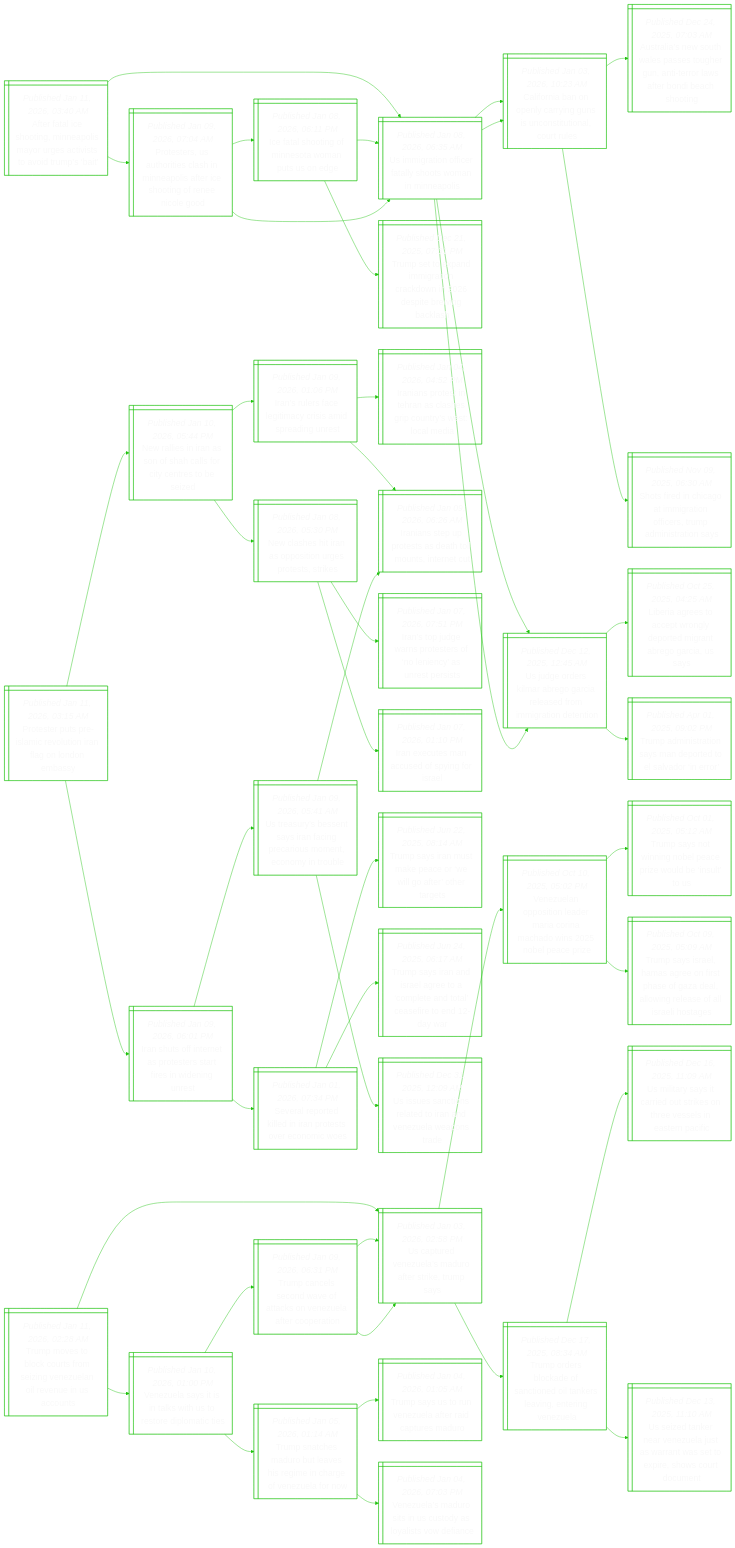
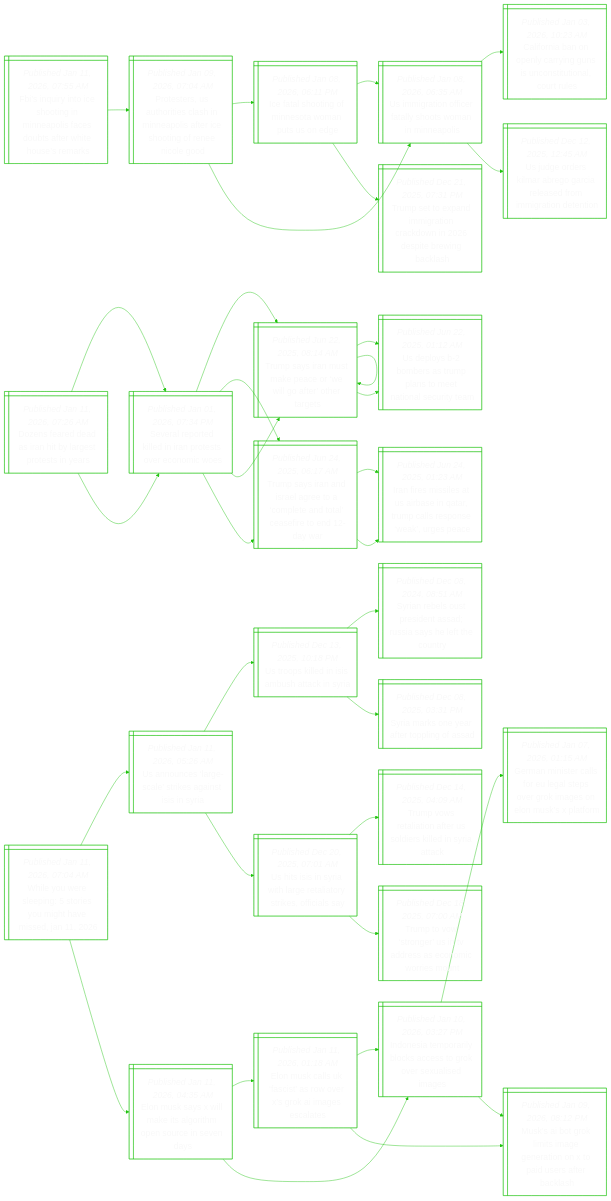
Before and after one commit to notJmes/notJmes: the diagram in README.md, drawn with Mermaid. The commit also changed other lines of this file, not shown here.

````diff
--- a/README.md
+++ b/README.md
@@ -16,22 +16,8 @@
 flowchart LR
 classDef txtsize font-size:20px;
 
-AfIogeioeisoua@{ shape: win-pane, label: "_Published Jan 11, 2026, 03:40 AM_
-After fatal ice shooting, minneapolis mayor urges activists to avoid trump’s ‘bait’" }
-UiifflomMas@{ shape: win-pane, label: "_Published Jan 08, 2026, 06:35 AM_
-Us immigration officer fatally shoots woman in minneapolis" }
-Coboyyuustlts@{ shape: win-pane, label: "_Published Jan 03, 2026, 10:23 AM_
-California ban on openly carrying guns is unconstitutional, court rules" }
-AaNulsornratnaog@{ shape: win-pane, label: "_Published Dec 24, 2025, 07:03 AM_
-Australia’s new south wales passes tougher gun, anti-terror laws after bondi beach shooting" }
-SfictgoiTaita@{ shape: win-pane, label: "_Published Nov 09, 2025, 06:30 AM_
-Shots fired in chicago at immigration officers, trump administration says" }
-UgelbGaarmtei@{ shape: win-pane, label: "_Published Dec 12, 2025, 12:45 AM_
-Us judge orders kilmar abrego garcia released from immigration detention" }
-LieatgpdaraUs@{ shape: win-pane, label: "_Published Oct 25, 2025, 04:25 AM_
-Liberia agrees to accept wrongly deported migrant abrego garcia, us says" }
-Taitanrolrr@{ shape: win-pane, label: "_Published Apr 01, 2025, 09:02 PM_
-Trump administration says man deported to el salvador ‘in error’" }
+FnyIognoaoaWHsr@{ shape: win-pane, label: "_Published Jan 11, 2026, 07:55 AM_
+Fbi’s inquiry into ice shooting in minneapolis faces doubts after white house’s remarks" }
 PsUhiaMasrhneiG@{ shape: win-pane, label: "_Published Jan 09, 2026, 07:04 AM_
 Protesters, us authorities clash in minneapolis after ice shooting of renee nicole good" }
 Itogntase@{ shape: win-pane, label: "_Published Jan 08, 2026, 06:11 PM_
@@ -47,14 +33,7 @@
 UgelbGaarmtei@{ shape: win-pane, label: "_Published Dec 12, 2025, 12:45 AM_
 Us judge orders kilmar abrego garcia released from immigration detention" }
 
-AfIogeioeisoua:::txtsize --> UiifflomMas:::txtsize
-UiifflomMas:::txtsize --> Coboyyuustlts:::txtsize
-Coboyyuustlts:::txtsize --> AaNulsornratnaog:::txtsize
-Coboyyuustlts:::txtsize --> SfictgoiTaita:::txtsize
-UiifflomMas:::txtsize --> UgelbGaarmtei:::txtsize
-UgelbGaarmtei:::txtsize --> LieatgpdaraUs:::txtsize
-UgelbGaarmtei:::txtsize --> Taitanrolrr:::txtsize
-AfIogeioeisoua:::txtsize --> PsUhiaMasrhneiG:::txtsize
+FnyIognoaoaWHsr:::txtsize --> PsUhiaMasrhneiG:::txtsize
 PsUhiaMasrhneiG:::txtsize --> Itogntase:::txtsize
 Itogntase:::txtsize --> UiifflomMas:::txtsize
 Itogntase:::txtsize --> Tsedgocnsbnk:::txtsize
@@ -62,96 +41,90 @@
 UiifflomMas:::txtsize --> Coboyyuustlts:::txtsize
 UiifflomMas:::txtsize --> UgelbGaarmtei:::txtsize
 
-Psuemviagnmy@{ shape: win-pane, label: "_Published Jan 11, 2026, 03:15 AM_
-Protester puts pre-islamic revolution iran flag on london embassy" }
-Nlinnalcessd@{ shape: win-pane, label: "_Published Jan 10, 2026, 05:44 PM_
-New rallies in iran as son of shah calls for city centres to be seized" }
-Irslicssdn@{ shape: win-pane, label: "_Published Jan 09, 2026, 01:06 PM_
-Iran’s rulers face legitimacy crisis amid spreading unrest" }
-Iaoirceptecd@{ shape: win-pane, label: "_Published Jan 04, 2026, 04:52 PM_
-Iranians protest in tehran as clashes grip country’s west: local media" }
-Iaerteoune@{ shape: win-pane, label: "_Published Jan 09, 2026, 06:26 AM_
-Iranians step up protests as death toll mounts, internet cut" }
-Nahaptrrti@{ shape: win-pane, label: "_Published Jan 08, 2026, 05:30 PM_
-New clashes hit iran as opposition urges protests, strikes" }
-Itdroeniaers@{ shape: win-pane, label: "_Published Jan 07, 2026, 07:51 PM_
-Iran’s top judge warns protesters of ‘no leniency’ as unrest persists" }
-Ixeaepfr@{ shape: win-pane, label: "_Published Jan 07, 2026, 01:10 PM_
-Iran executes man accused of spying for israel" }
-Ihfeatrreine@{ shape: win-pane, label: "_Published Jan 09, 2026, 06:01 PM_
-Iran shuts off internet as protesters start fires in widening unrest" }
+Dsedabgrte@{ shape: win-pane, label: "_Published Jan 11, 2026, 07:26 AM_
+Dozens feared dead as iran hit by largest protests in years" }
 Saokdatocis@{ shape: win-pane, label: "_Published Jan 01, 2026, 07:34 PM_
 Several reported killed in iran protests over economic woes" }
 Tsrseeworre@{ shape: win-pane, label: "_Published Jun 22, 2025, 08:14 AM_
 Trump says iran must make peace or ‘we will go after’ other targets" }
+Tsrseeworre@{ shape: win-pane, label: "_Published Jun 22, 2025, 08:14 AM_
+Trump says iran must make peace or ‘we will go after’ other targets" }
+Ulbrrlonncy@{ shape: win-pane, label: "_Published Jun 22, 2025, 01:12 AM_
+Us deploys b-2 bombers as trump plans to meet national security team" }
 Tsrdeecedletdr@{ shape: win-pane, label: "_Published Jun 24, 2025, 06:17 AM_
 Trump says iran and israel agree to a ‘complete and total’ ceasefire to end 12-day war" }
-Uaseynncueoiu@{ shape: win-pane, label: "_Published Jan 09, 2026, 05:41 AM_
-Us treasury’s bessent says iran facing precarious moment, economy in trouble" }
-Uunnaoanlpr@{ shape: win-pane, label: "_Published Dec 31, 2025, 12:09 AM_
-Us issues sanctions related to iran and venezuela weapons trade" }
-Iaerteoune@{ shape: win-pane, label: "_Published Jan 09, 2026, 06:26 AM_
-Iranians step up protests as death toll mounts, internet cut" }
+IiieSaQTcrnaec@{ shape: win-pane, label: "_Published Jun 24, 2025, 01:23 AM_
+Iran fires missiles at us airbase in qatar, trump calls response ‘weak’, urges peace" }
+Saokdatocis@{ shape: win-pane, label: "_Published Jan 01, 2026, 07:34 PM_
+Several reported killed in iran protests over economic woes" }
+Tsrseeworre@{ shape: win-pane, label: "_Published Jun 22, 2025, 08:14 AM_
+Trump says iran must make peace or ‘we will go after’ other targets" }
+Tsrseeworre@{ shape: win-pane, label: "_Published Jun 22, 2025, 08:14 AM_
+Trump says iran must make peace or ‘we will go after’ other targets" }
+Ulbrrlonncy@{ shape: win-pane, label: "_Published Jun 22, 2025, 01:12 AM_
+Us deploys b-2 bombers as trump plans to meet national security team" }
+Tsrdeecedletdr@{ shape: win-pane, label: "_Published Jun 24, 2025, 06:17 AM_
+Trump says iran and israel agree to a ‘complete and total’ ceasefire to end 12-day war" }
+IiieSaQTcrnaec@{ shape: win-pane, label: "_Published Jun 24, 2025, 01:23 AM_
+Iran fires missiles at us airbase in qatar, trump calls response ‘weak’, urges peace" }
 
-Psuemviagnmy:::txtsize --> Nlinnalcessd:::txtsize
-Nlinnalcessd:::txtsize --> Irslicssdn:::txtsize
-Irslicssdn:::txtsize --> Iaoirceptecd:::txtsize
-Irslicssdn:::txtsize --> Iaerteoune:::txtsize
-Nlinnalcessd:::txtsize --> Nahaptrrti:::txtsize
-Nahaptrrti:::txtsize --> Itdroeniaers:::txtsize
-Nahaptrrti:::txtsize --> Ixeaepfr:::txtsize
-Psuemviagnmy:::txtsize --> Ihfeatrreine:::txtsize
-Ihfeatrreine:::txtsize --> Saokdatocis:::txtsize
+Dsedabgrte:::txtsize --> Saokdatocis:::txtsize
 Saokdatocis:::txtsize --> Tsrseeworre:::txtsize
+Tsrseeworre:::txtsize --> Tsrseeworre:::txtsize
+Tsrseeworre:::txtsize --> Ulbrrlonncy:::txtsize
 Saokdatocis:::txtsize --> Tsrdeecedletdr:::txtsize
-Ihfeatrreine:::txtsize --> Uaseynncueoiu:::txtsize
-Uaseynncueoiu:::txtsize --> Uunnaoanlpr:::txtsize
-Uaseynncueoiu:::txtsize --> Iaerteoune:::txtsize
+Tsrdeecedletdr:::txtsize --> IiieSaQTcrnaec:::txtsize
+Dsedabgrte:::txtsize --> Saokdatocis:::txtsize
+Saokdatocis:::txtsize --> Tsrseeworre:::txtsize
+Tsrseeworre:::txtsize --> Tsrseeworre:::txtsize
+Tsrseeworre:::txtsize --> Ulbrrlonncy:::txtsize
+Saokdatocis:::txtsize --> Tsrdeecedletdr:::txtsize
+Tsrdeecedletdr:::txtsize --> IiieSaQTcrnaec:::txtsize
 
-Tmtcrozeeiencs@{ shape: win-pane, label: "_Published Jan 11, 2026, 02:28 AM_
-Trump moves to block courts from seizing venezuelan oil revenue in us accounts" }
-UtVuMorkms@{ shape: win-pane, label: "_Published Jan 03, 2026, 02:58 PM_
-Us captured venezuela’s maduro after strike, trump says" }
-Vuoilranhibai@{ shape: win-pane, label: "_Published Oct 10, 2025, 05:02 PM_
-Venezuelan opposition leader maria corina machado wins 2025 nobel peace prize" }
-TsonoeroelS@{ shape: win-pane, label: "_Published Oct 01, 2025, 05:12 AM_
-Trump says not winning nobel peace prize would be ‘insult’ to us" }
-TssHaossaaorslaoe@{ shape: win-pane, label: "_Published Oct 09, 2025, 05:09 AM_
-Trump says israel, hamas agree on first phase of gaza deal, allowing release of all israeli hostages" }
-Toskftdasitgz@{ shape: win-pane, label: "_Published Dec 17, 2025, 08:34 AM_
-Trump orders blockade of sanctioned oil tankers leaving, entering venezuela" }
-Uistitktvlanf@{ shape: win-pane, label: "_Published Dec 16, 2025, 11:09 AM_
-Us military says it carried out strikes on three vessels in eastern pacific" }
-Uznenltrwtphoon@{ shape: win-pane, label: "_Published Dec 13, 2025, 11:10 AM_
-Us seized tanker near venezuela just as warrant was set to expire, shows court document" }
-Vuaiaittiai@{ shape: win-pane, label: "_Published Jan 10, 2026, 01:00 PM_
-Venezuela says it is in talks with us to restore diplomatic ties" }
-Tshduvsmhoeao@{ shape: win-pane, label: "_Published Jan 05, 2026, 01:14 AM_
-Trump snatches maduro but leaves his regime in charge of venezuela for now" }
-TsSnzaraeu@{ shape: win-pane, label: "_Published Jan 04, 2026, 01:05 AM_
-Trump says us to run venezuela after raid captures maduro" }
-VuMoiuyytdn@{ shape: win-pane, label: "_Published Jan 04, 2026, 07:03 PM_
-Venezuela’s maduro sits in us custody as loyalists vow defiance" }
-Tclovtsnlepi@{ shape: win-pane, label: "_Published Jan 09, 2026, 06:31 PM_
-Trump cancels second wave of attacks on venezuela after cooperation" }
-UtVuMorkms@{ shape: win-pane, label: "_Published Jan 03, 2026, 02:58 PM_
-Us captured venezuela’s maduro after strike, trump says" }
-UtVuMorkms@{ shape: win-pane, label: "_Published Jan 03, 2026, 02:58 PM_
-Us captured venezuela’s maduro after strike, trump says" }
+WYresemhiJ@{ shape: win-pane, label: "_Published Jan 11, 2026, 07:04 AM_
+While you were sleeping: 5 stories you might have missed, jan 11, 2026" }
+UoseekaIna@{ shape: win-pane, label: "_Published Jan 11, 2026, 05:26 AM_
+Us announces ‘large-scale’ strikes against isis in syria" }
+Uolnahcy@{ shape: win-pane, label: "_Published Dec 13, 2025, 10:18 PM_
+Us troops killed in isis ambush attack in syria" }
+SnltiARahtoy@{ shape: win-pane, label: "_Published Dec 08, 2024, 08:51 AM_
+Syrian rebels oust president assad; russia says he left the country" }
+Smoaepoa@{ shape: win-pane, label: "_Published Dec 08, 2025, 03:31 PM_
+Syria marks one year after toppling of assad" }
+Usiihelrifay@{ shape: win-pane, label: "_Published Dec 20, 2025, 07:01 AM_
+Us hits isis in syria with large retaliatory strikes, officials say" }
+TveaaUdkdrt@{ shape: win-pane, label: "_Published Dec 14, 2025, 04:09 AM_
+Trump vows retaliation after us soldiers killed in syria attack" }
+Ttsgidsociu@{ shape: win-pane, label: "_Published Dec 18, 2025, 07:00 AM_
+Trump to vow ‘stronger’ us in tv address as economic worries mount" }
+Euyleltersd@{ shape: win-pane, label: "_Published Jan 11, 2026, 04:35 AM_
+Elon musk says x will make its algorithm open source in seven days" }
+Eulfsoromea@{ shape: win-pane, label: "_Published Jan 11, 2026, 01:18 AM_
+Elon musk calls uk ‘fascist’ as row over x’s grok ai images escalates" }
+Ieeabssreueg@{ shape: win-pane, label: "_Published Jan 10, 2026, 03:27 PM_
+Indonesia temporarily blocks access to grok over sexualised images" }
+MAGiigaopsfas@{ shape: win-pane, label: "_Published Jan 09, 2026, 08:12 PM_
+Musk’s ai bot grok limits image generation on x to paid users after backlash" }
+Ieeabssreueg@{ shape: win-pane, label: "_Published Jan 10, 2026, 03:27 PM_
+Indonesia temporarily blocks access to grok over sexualised images" }
+GnsaoetvogEupo@{ shape: win-pane, label: "_Published Jan 07, 2026, 01:15 AM_
+German minister calls for eu legal steps over grok images on elon musk’s x platform" }
+MAGiigaopsfas@{ shape: win-pane, label: "_Published Jan 09, 2026, 08:12 PM_
+Musk’s ai bot grok limits image generation on x to paid users after backlash" }
 
-Tmtcrozeeiencs:::txtsize --> UtVuMorkms:::txtsize
-UtVuMorkms:::txtsize --> Vuoilranhibai:::txtsize
-Vuoilranhibai:::txtsize --> TsonoeroelS:::txtsize
-Vuoilranhibai:::txtsize --> TssHaossaaorslaoe:::txtsize
-UtVuMorkms:::txtsize --> Toskftdasitgz:::txtsize
-Toskftdasitgz:::txtsize --> Uistitktvlanf:::txtsize
-Toskftdasitgz:::txtsize --> Uznenltrwtphoon:::txtsize
-Tmtcrozeeiencs:::txtsize --> Vuaiaittiai:::txtsize
-Vuaiaittiai:::txtsize --> Tshduvsmhoeao:::txtsize
-Tshduvsmhoeao:::txtsize --> TsSnzaraeu:::txtsize
-Tshduvsmhoeao:::txtsize --> VuMoiuyytdn:::txtsize
-Vuaiaittiai:::txtsize --> Tclovtsnlepi:::txtsize
-Tclovtsnlepi:::txtsize --> UtVuMorkms:::txtsize
-Tclovtsnlepi:::txtsize --> UtVuMorkms:::txtsize
+WYresemhiJ:::txtsize --> UoseekaIna:::txtsize
+UoseekaIna:::txtsize --> Uolnahcy:::txtsize
+Uolnahcy:::txtsize --> SnltiARahtoy:::txtsize
+Uolnahcy:::txtsize --> Smoaepoa:::txtsize
+UoseekaIna:::txtsize --> Usiihelrifay:::txtsize
+Usiihelrifay:::txtsize --> TveaaUdkdrt:::txtsize
+Usiihelrifay:::txtsize --> Ttsgidsociu:::txtsize
+WYresemhiJ:::txtsize --> Euyleltersd:::txtsize
+Euyleltersd:::txtsize --> Eulfsoromea:::txtsize
+Eulfsoromea:::txtsize --> Ieeabssreueg:::txtsize
+Eulfsoromea:::txtsize --> MAGiigaopsfas:::txtsize
+Euyleltersd:::txtsize --> Ieeabssreueg:::txtsize
+Ieeabssreueg:::txtsize --> GnsaoetvogEupo:::txtsize
+Ieeabssreueg:::txtsize --> MAGiigaopsfas:::txtsize
 
 ```
````
